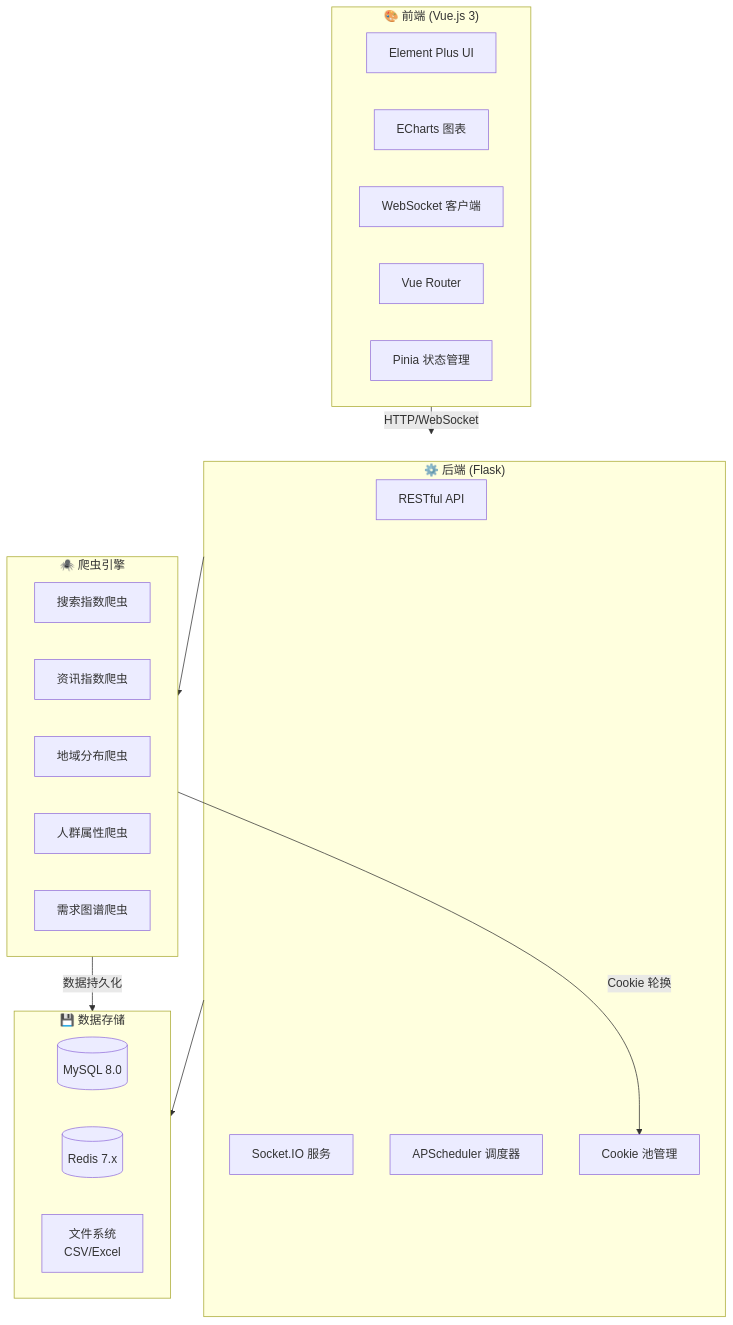
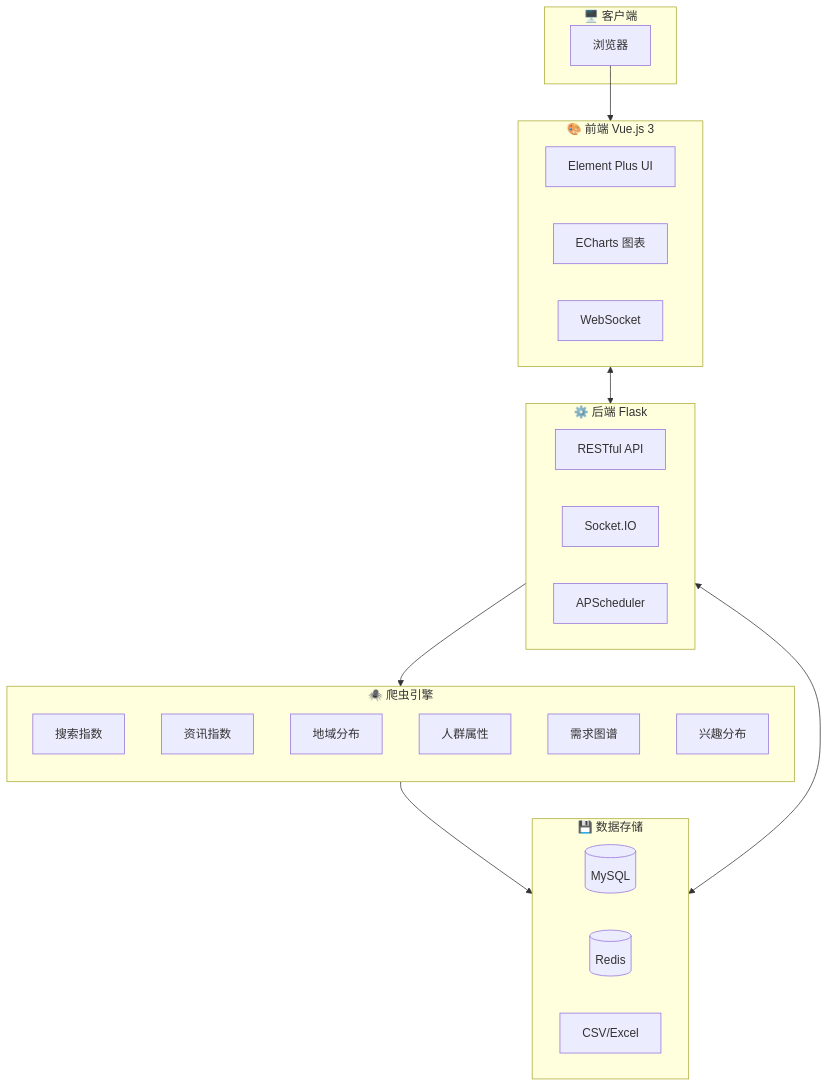
One commit to Auroral0810/BaiduIndexHunter changed the first of 2 diagrams in README.md. Above: the diagram before and after it, drawn with Mermaid. The commit also changed other lines of this file, not shown here.

Commit message:
docs: improve README layout with side-by-side header and flowchart

````diff
--- a/README.md
+++ b/README.md
@@ -139,37 +107,43 @@
 ```mermaid
-graph TB
-    subgraph Frontend["🎨 前端 (Vue.js 3)"]
-        UI[Element Plus UI]
-        Charts[ECharts 图表]
-        WS_Client[WebSocket 客户端]
-        Router[Vue Router]
-        Store[Pinia 状态管理]
+flowchart TB
+    subgraph Client["🖥️ 客户端"]
+        Browser["浏览器"]
     end
 
-    subgraph Backend["⚙️ 后端 (Flask)"]
-        API[RESTful API]
-        WS_Server[Socket.IO 服务]
-        Scheduler[APScheduler 调度器]
-        CookiePool[Cookie 池管理]
+    subgraph Frontend["🎨 前端 Vue.js 3"]
+        direction LR
+        UI["Element Plus UI"]
+        Charts["ECharts 图表"]
+        WS_C["WebSocket"]
     end
 
-    subgraph Engine["🕷️ 爬虫引擎"]
-        SearchCrawler[搜索指数爬虫]
-        FeedCrawler[资讯指数爬虫]
-        RegionCrawler[地域分布爬虫]
-        DemoCrawler[人群属性爬虫]
-        GraphCrawler[需求图谱爬虫]
+    subgraph Backend["⚙️ 后端 Flask"]
+        direction LR
+        API["RESTful API"]
+        WS_S["Socket.IO"]
+        Scheduler["APScheduler"]
+    end
+
+    subgraph Crawler["🕷️ 爬虫引擎"]
+        direction TB
+        C1["搜索指数"]
+        C2["资讯指数"]
+        C3["地域分布"]
+        C4["人群属性"]
+        C5["需求图谱"]
+        C6["兴趣分布"]
     end
 
     subgraph Storage["💾 数据存储"]
-        MySQL[(MySQL 8.0)]
-        Redis[(Redis 7.x)]
-        FileSystem[文件系统<br>CSV/Excel]
+        direction LR
+        MySQL[("MySQL")]
+        Redis[("Redis")]
+        Files["CSV/Excel"]
     end
 
-    Frontend --> |HTTP/WebSocket| Backend
-    Backend --> Engine
-    Backend --> Storage
-    Engine --> |数据持久化| Storage
-    Engine --> |Cookie 轮换| CookiePool
+    Browser --> Frontend
+    Frontend <--> Backend
+    Backend --> Crawler
+    Crawler --> Storage
+    Backend <--> Storage
 ```
````
